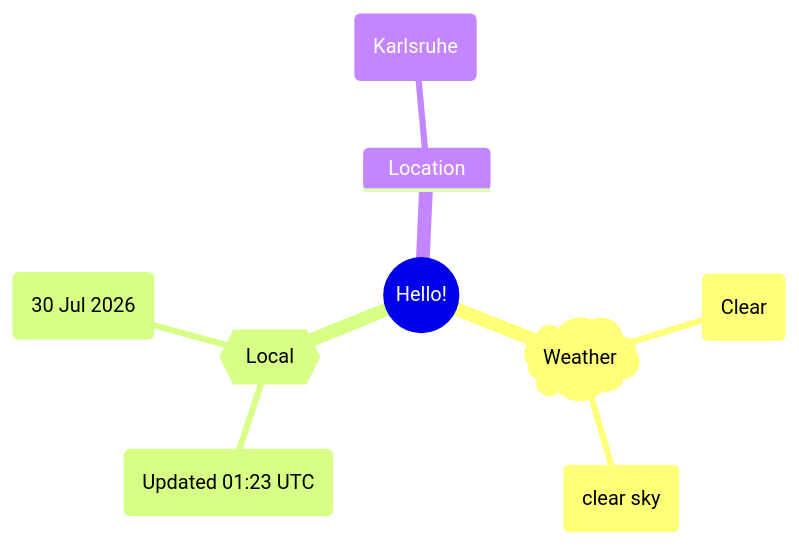
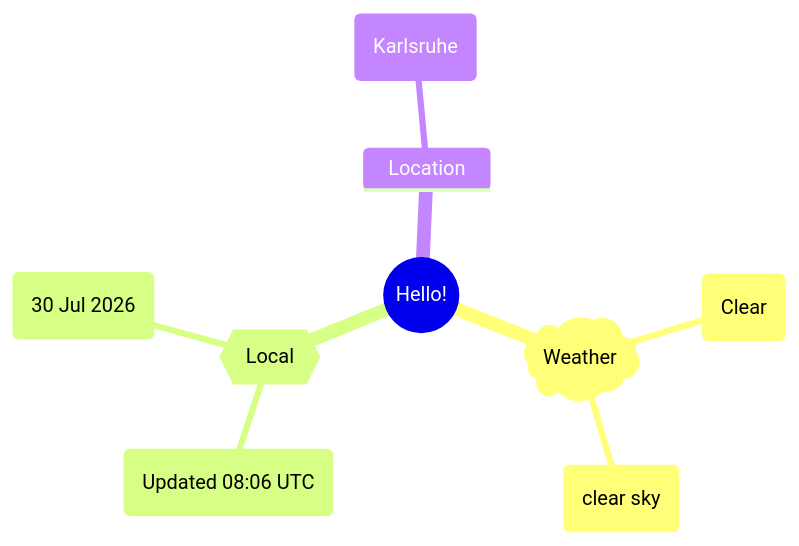
One commit to Xosrov/Xosrov changed the first of 2 diagrams in README.md. Above: the diagram before and after it, drawn with Mermaid.

Commit message:
[bot] updated images

````diff
--- a/README.md
+++ b/README.md
@@ -3,12 +3,12 @@
 ```mermaid
 mindmap
   root((Hello!))
     )Weather(
         (Clear)
         (clear sky)
     {{Local}}
-        (Updated 01:23 UTC)
+        (Updated 08:06 UTC)
         (30 Jul 2026)
     Location
         (Karlsruhe)
 ```
````
